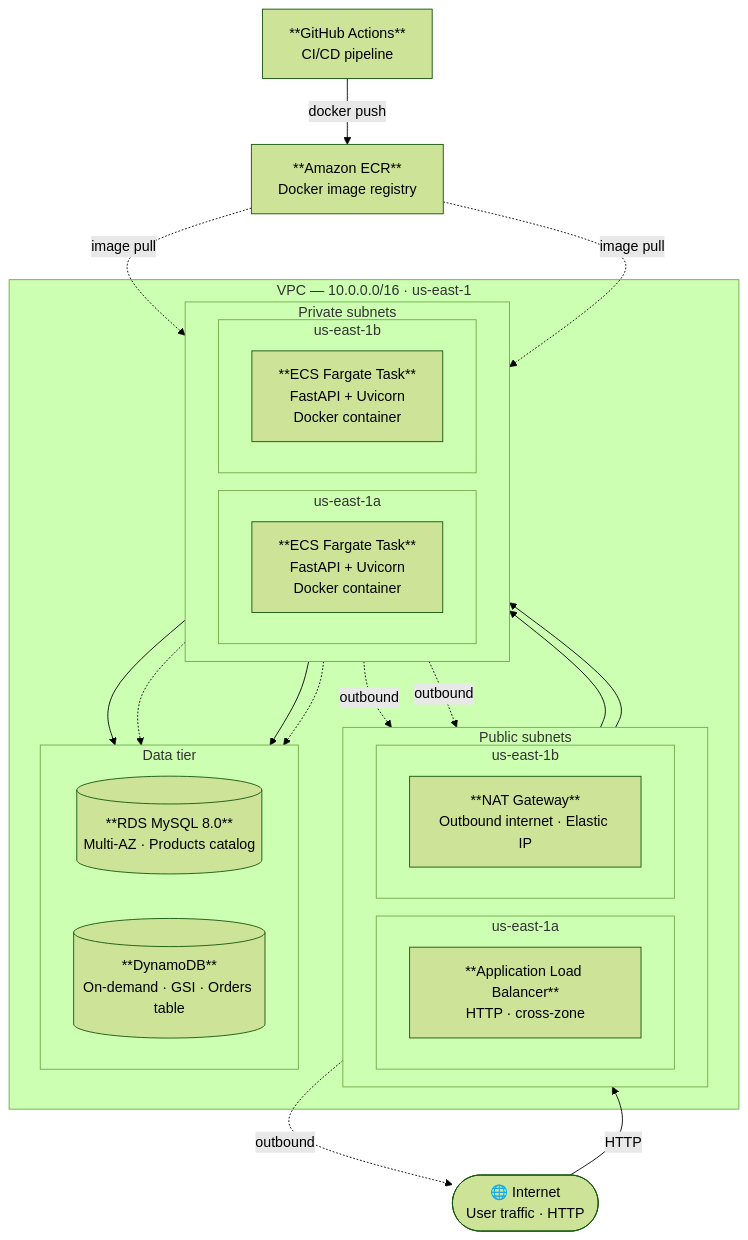
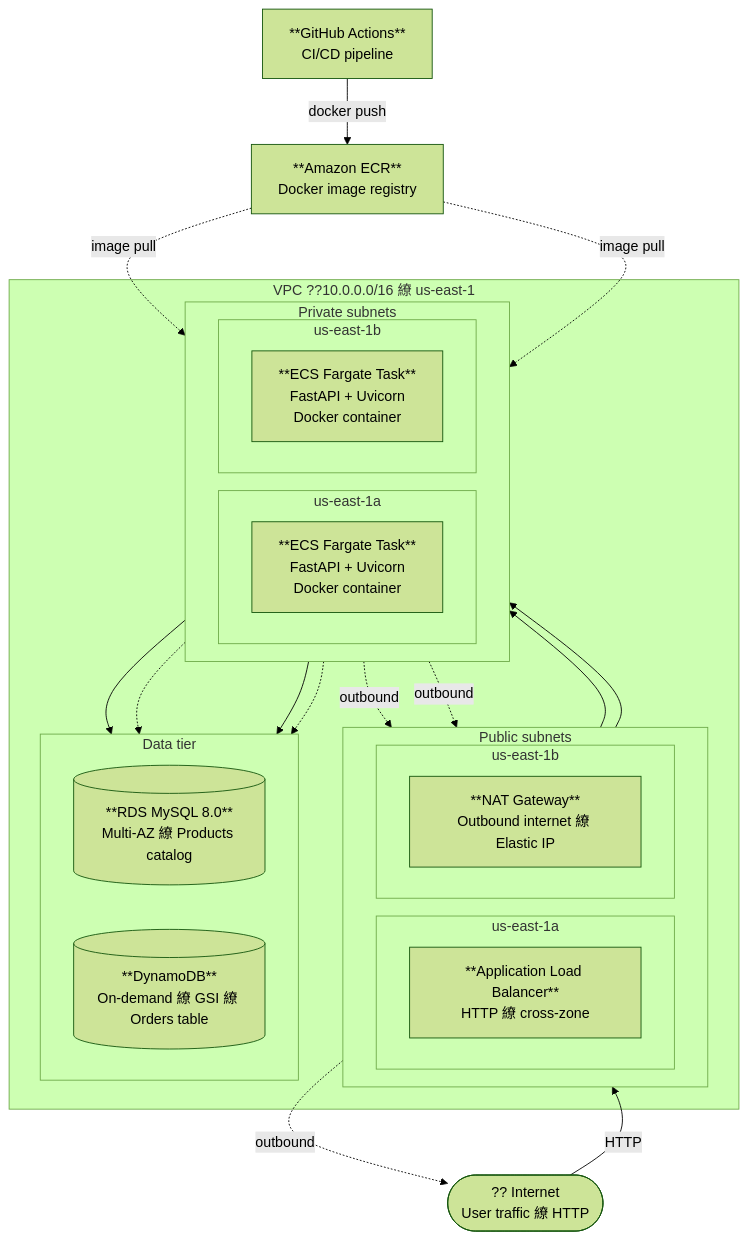
One commit to qw486759/aws-ecommerce-platform changed the diagram in README.md. Above: the diagram before and after it, drawn with Mermaid (forest theme). The commit also changed other lines of this file, not shown here.

````diff
--- a/README.md
+++ b/README.md
@@ -9,51 +9,51 @@
 ```mermaid
 flowchart TD
-    Internet(["🌐 Internet\nUser traffic · HTTP"])
+    Internet(["?? Internet\nUser traffic 繚 HTTP"])
 
-    subgraph VPC["VPC — 10.0.0.0/16 · us-east-1"]
+    subgraph VPC["VPC ??10.0.0.0/16 繚 us-east-1"]
 
         subgraph PUB["Public subnets"]
             direction LR
             subgraph PUB_A["us-east-1a"]
-                ALB["**Application Load Balancer**\nHTTP · cross-zone"]
+                ALB["**Application Load Balancer**\nHTTP 繚 cross-zone"]
             end
             subgraph PUB_B["us-east-1b"]
-                NAT["**NAT Gateway**\nOutbound internet · Elastic IP"]
+                NAT["**NAT Gateway**\nOutbound internet 繚 Elastic IP"]
             end
         end
 
         subgraph PRIV["Private subnets"]
             direction LR
             subgraph PRIV_A["us-east-1a"]
                 FARGATE_A["**ECS Fargate Task**\nFastAPI + Uvicorn\nDocker container"]
             end
             subgraph PRIV_B["us-east-1b"]
                 FARGATE_B["**ECS Fargate Task**\nFastAPI + Uvicorn\nDocker container"]
             end
         end
 
         subgraph DATA["Data tier"]
             direction LR
-            RDS[("**RDS MySQL 8.0**\nMulti-AZ · Products catalog")]
-            DDB[("**DynamoDB**\nOn-demand · GSI · Orders table")]
+            RDS[("**RDS MySQL 8.0**\nMulti-AZ 繚 Products catalog")]
+            DDB[("**DynamoDB**\nOn-demand 繚 GSI 繚 Orders table")]
         end
 
     end
 
     ECR["**Amazon ECR**\nDocker image registry"]
     GHA["**GitHub Actions**\nCI/CD pipeline"]
 
     GHA -->|"docker push"| ECR
     ECR -.->|"image pull"| FARGATE_A
     ECR -.->|"image pull"| FARGATE_B
     Internet -->|"HTTP"| ALB
     ALB --> FARGATE_A
     ALB --> FARGATE_B
     FARGATE_A --> RDS
     FARGATE_A -.-> DDB
     FARGATE_B --> DDB
     FARGATE_B -.-> RDS
     FARGATE_A -.->|"outbound"| NAT
     FARGATE_B -.->|"outbound"| NAT
     NAT -.->|"outbound"| Internet
 ```
````
